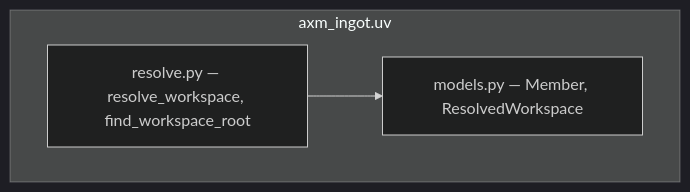
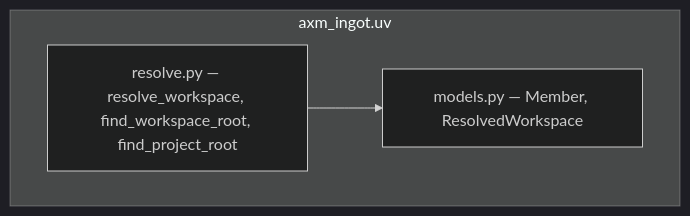
Before and after one commit to axm-protocols/axm-forge: the diagram in packages/axm-ingot/docs/explanation/architecture.md, drawn with Mermaid (dark theme). The commit also changed other lines of this file and 10 other files, not shown here.

First line of the commit message:
refactor(axm-anvil): replace private _find_workspace_root with axm_ingot.find_project_root

````diff
--- a/packages/axm-ingot/docs/explanation/architecture.md
+++ b/packages/axm-ingot/docs/explanation/architecture.md
@@ -9,8 +9,8 @@
 ```mermaid
 graph TD
     subgraph "axm_ingot.uv"
         Models["models.py — Member, ResolvedWorkspace"]
-        Resolve["resolve.py — resolve_workspace, find_workspace_root"]
+        Resolve["resolve.py — resolve_workspace, find_workspace_root, find_project_root"]
     end
     Resolve --> Models
 ```
````
